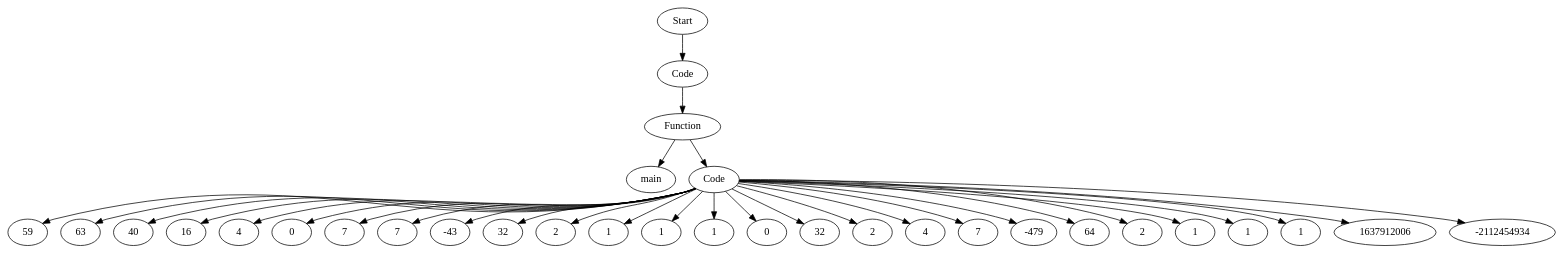
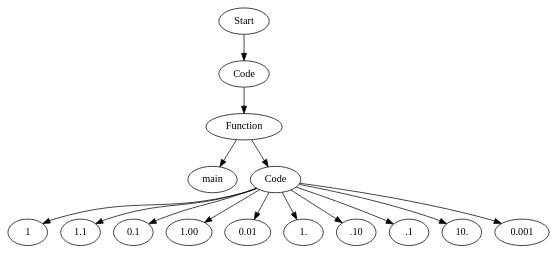
Before and after one commit to Are-you-listening/Compilers: the diagram in src/TestFiles/ASTTests/ConstantFoldingTests/CreateTests/read_file_after.dot, drawn with Graphviz. The commit also changed 314 other files, not shown here.

```diff
--- a/src/TestFiles/ASTTests/ConstantFoldingTests/CreateTests/read_file_after.dot
+++ b/src/TestFiles/ASTTests/ConstantFoldingTests/CreateTests/read_file_after.dot
@@ -1,65 +1,31 @@
 digraph AST {
-  "125460895561952" [label="Start"];
-  "125460895561952" -> "125460893761296";
-  "125460893761296" [label="Code"];
-  "125460893761296" -> "125460893758752";
-  "125460893758752" [label="Function"];
-  "125460893758752" -> "125460893758704";
-  "125460893758752" -> "125460893758368";
-  "125460893758704" [label="main"];
-  "125460893758368" [label="Code"];
-  "125460893758368" -> "125460893758320";
-  "125460893758368" -> "125460893758080";
-  "125460893758368" -> "125460893758176";
-  "125460893758368" -> "125460893757936";
-  "125460893758368" -> "125460893758032";
-  "125460893758368" -> "125460893757840";
-  "125460893758368" -> "125460893757984";
-  "125460893758368" -> "125460893757648";
-  "125460893758368" -> "125460893757744";
-  "125460893758368" -> "125460893757552";
-  "125460893758368" -> "125460893757600";
-  "125460893758368" -> "125460893757360";
-  "125460893758368" -> "125460893757456";
-  "125460893758368" -> "125460893757216";
-  "125460893758368" -> "125460893757312";
-  "125460893758368" -> "125460893757120";
-  "125460893758368" -> "125460893757264";
-  "125460893758368" -> "125460893756928";
-  "125460893758368" -> "125460893757024";
-  "125460893758368" -> "125460893756832";
-  "125460893758368" -> "125460893756880";
-  "125460893758368" -> "125460893756640";
-  "125460893758368" -> "125460893756736";
-  "125460893758368" -> "125460893756496";
-  "125460893758368" -> "125460893756592";
-  "125460893758368" -> "125460893756400";
-  "125460893758368" -> "125460893756544";
-  "125460893758320" [label="59"];
-  "125460893758080" [label="63"];
-  "125460893758176" [label="40"];
-  "125460893757936" [label="16"];
-  "125460893758032" [label="4"];
-  "125460893757840" [label="0"];
-  "125460893757984" [label="7"];
-  "125460893757648" [label="7"];
-  "125460893757744" [label="-43"];
-  "125460893757552" [label="32"];
-  "125460893757600" [label="2"];
-  "125460893757360" [label="1"];
-  "125460893757456" [label="1"];
-  "125460893757216" [label="1"];
-  "125460893757312" [label="0"];
-  "125460893757120" [label="32"];
-  "125460893757264" [label="2"];
-  "125460893756928" [label="4"];
-  "125460893757024" [label="7"];
-  "125460893756832" [label="-479"];
-  "125460893756880" [label="64"];
-  "125460893756640" [label="2"];
-  "125460893756736" [label="1"];
-  "125460893756496" [label="1"];
-  "125460893756592" [label="1"];
-  "125460893756400" [label="1637912006"];
-  "125460893756544" [label="-2112454934"];
+  "124179776560272" [label="Start"];
+  "124179776560272" -> "124179776562096";
+  "124179776562096" [label="Code"];
+  "124179776562096" -> "124179776562720";
+  "124179776562720" [label="Function"];
+  "124179776562720" -> "124179776561808";
+  "124179776562720" -> "124179776560608";
+  "124179776561808" [label="main"];
+  "124179776560608" [label="Code"];
+  "124179776560608" -> "124179776557536";
+  "124179776560608" -> "124179776557344";
+  "124179776560608" -> "124179776561520";
+  "124179776560608" -> "124179776560704";
+  "124179776560608" -> "124179776563536";
+  "124179776560608" -> "124179776561712";
+  "124179776560608" -> "124179776557248";
+  "124179776560608" -> "124179776556912";
+  "124179776560608" -> "124179776563344";
+  "124179776560608" -> "124179776565696";
+  "124179776557536" [label="1"];
+  "124179776557344" [label="1.1"];
+  "124179776561520" [label="0.1"];
+  "124179776560704" [label="1.00"];
+  "124179776563536" [label="0.01"];
+  "124179776561712" [label="1."];
+  "124179776557248" [label=".10"];
+  "124179776556912" [label=".1"];
+  "124179776563344" [label="10."];
+  "124179776565696" [label="0.001"];
 }
```
